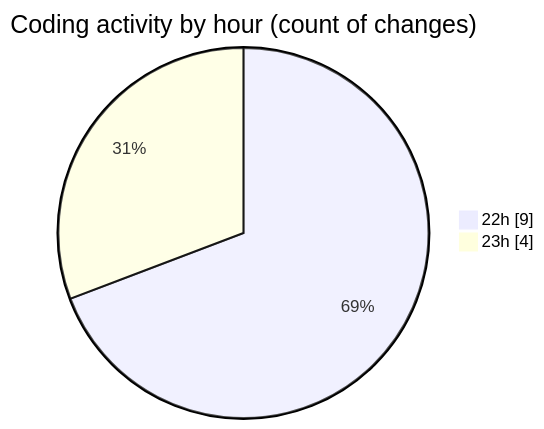
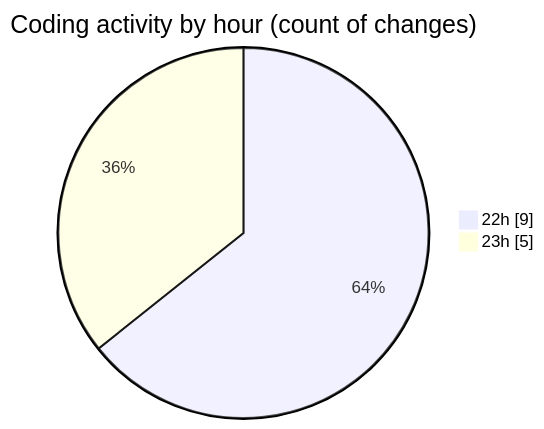
Before and after one commit to IJAZ3593/code-tracking: the second of 2 diagrams in 2025-08-31/abc2/README.md, drawn with Mermaid. The commit also changed other lines of this file and 1 other file, not shown here.

````diff
--- a/2025-08-31/abc2/README.md
+++ b/2025-08-31/abc2/README.md
@@ -36,6 +36,6 @@
 ```mermaid
 pie showData
 title Coding activity by hour (count of changes)
 "22h" : 9
-"23h" : 4
+"23h" : 5
 ```
````
